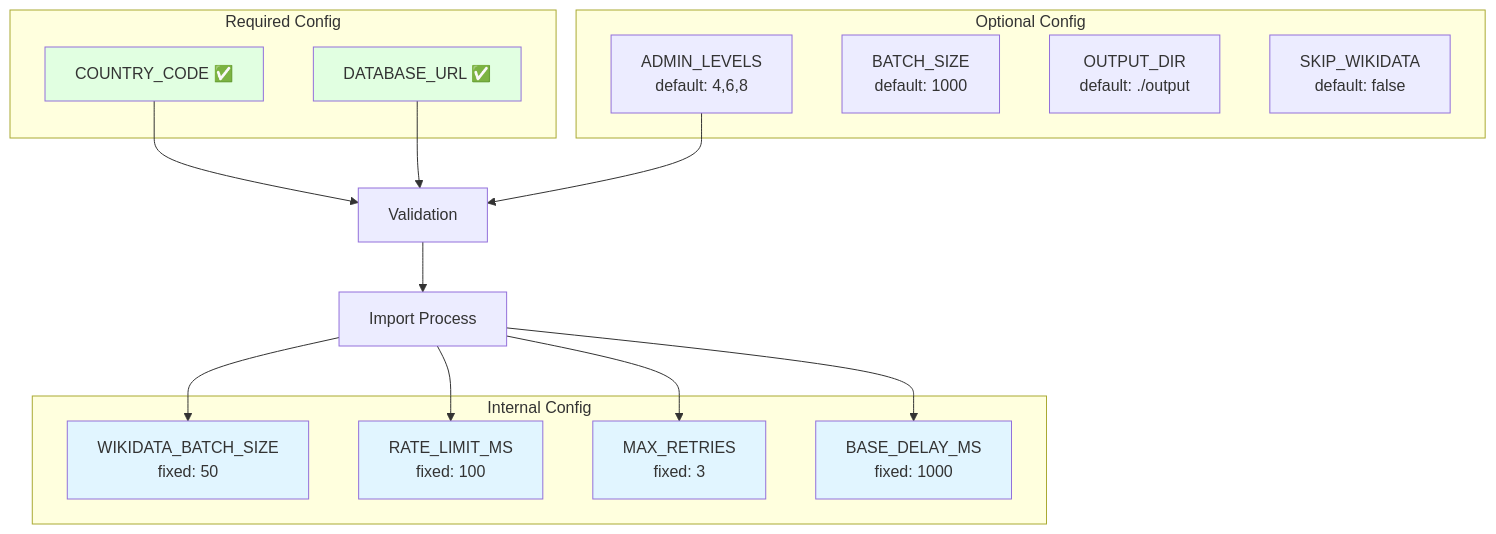
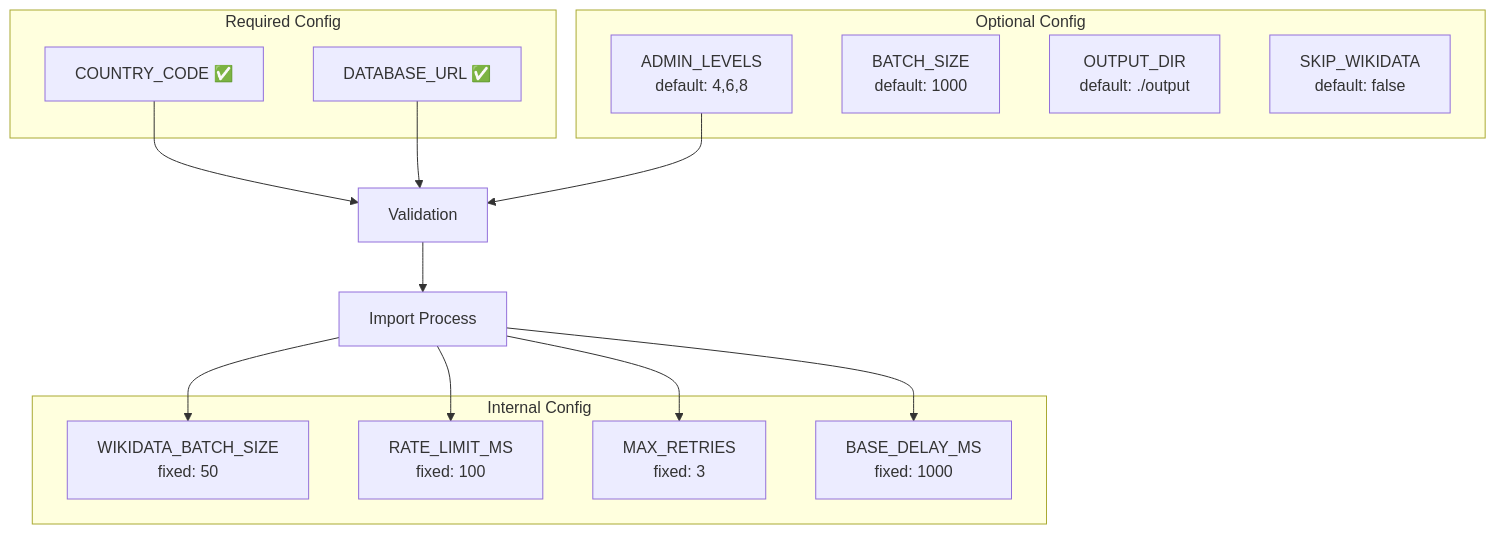
The sixth of 12 diagrams in docs/import/visual-overview.md (DaxServer/geocode-commons-categories), drawn with Mermaid before and after one commit. The commit also changed other lines of this file and 5 other files, not shown here.

````diff
--- a/docs/import/visual-overview.md
+++ b/docs/import/visual-overview.md
@@ -170,38 +157,32 @@
 ```mermaid
 graph TB
     subgraph "Required Config"
         R1[COUNTRY_CODE ✅]
         R2[DATABASE_URL ✅]
     end
 
     subgraph "Optional Config"
         O1[ADMIN_LEVELS<br/>default: 4,6,8]
         O2[BATCH_SIZE<br/>default: 1000]
         O3[OUTPUT_DIR<br/>default: ./output]
         O4[SKIP_WIKIDATA<br/>default: false]
     end
 
     subgraph "Internal Config"
         I1[WIKIDATA_BATCH_SIZE<br/>fixed: 50]
         I2[RATE_LIMIT_MS<br/>fixed: 100]
         I3[MAX_RETRIES<br/>fixed: 3]
         I4[BASE_DELAY_MS<br/>fixed: 1000]
     end
 
     R1 --> VALID[Validation]
     R2 --> VALID
     O1 --> VALID
     VALID --> IMPORT[Import Process]
 
     IMPORT --> I1
     IMPORT --> I2
     IMPORT --> I3
     IMPORT --> I4
 
-    style R1 fill:#e1ffe1
-    style R2 fill:#e1ffe1
-    style I1 fill:#e1f5ff
-    style I2 fill:#e1f5ff
-    style I3 fill:#e1f5ff
-    style I4 fill:#e1f5ff
 ```
````
